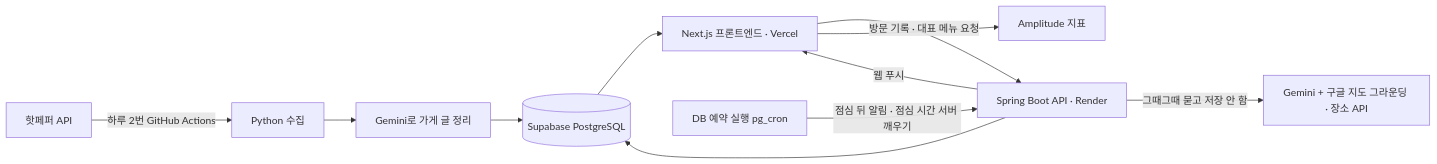
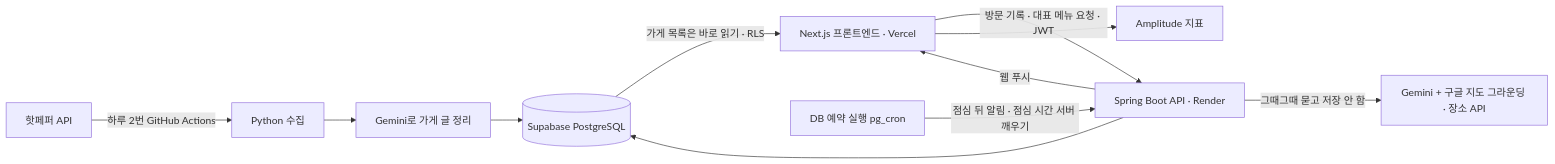
One commit to bettsLee/osaka_lunch_app changed the diagram in README.md. Above: the diagram before and after it, drawn with Mermaid. The commit also changed other lines of this file and 1 other file, not shown here.

````diff
--- a/README.md
+++ b/README.md
@@ -45,13 +45,13 @@
 ```mermaid
 flowchart LR
   HP[핫페퍼 API] -->|하루 2번 GitHub Actions| COL[Python 수집]
   COL --> AI[Gemini로 가게 글 정리]
   AI --> DB[(Supabase PostgreSQL)]
-  DB --> WEB[Next.js 프론트엔드 · Vercel]
-  WEB -->|방문 기록 · 대표 메뉴 요청| API[Spring Boot API · Render]
+  DB -->|가게 목록은 바로 읽기 · RLS| WEB[Next.js 프론트엔드 · Vercel]
+  WEB -->|방문 기록 · 대표 메뉴 요청 · JWT| API[Spring Boot API · Render]
   API --> DB
   API -->|그때그때 묻고 저장 안 함| GM[Gemini + 구글 지도 그라운딩 · 장소 API]
   CRON[DB 예약 실행 pg_cron] -->|점심 뒤 알림 · 점심 시간 서버 깨우기| API
   API -->|웹 푸시| WEB
   WEB --> AMP[Amplitude 지표]
 ```
````
